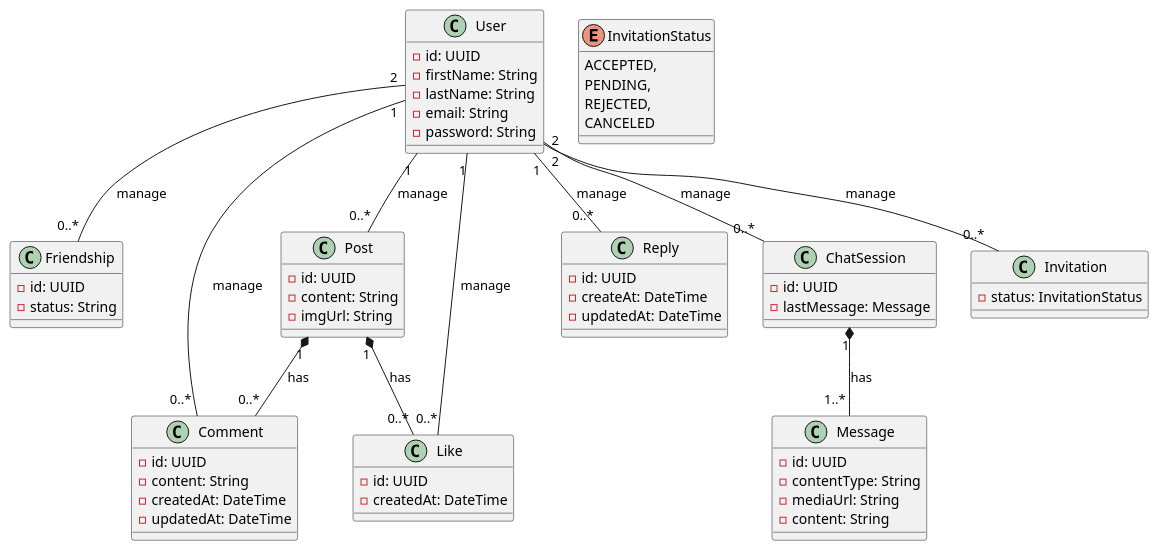
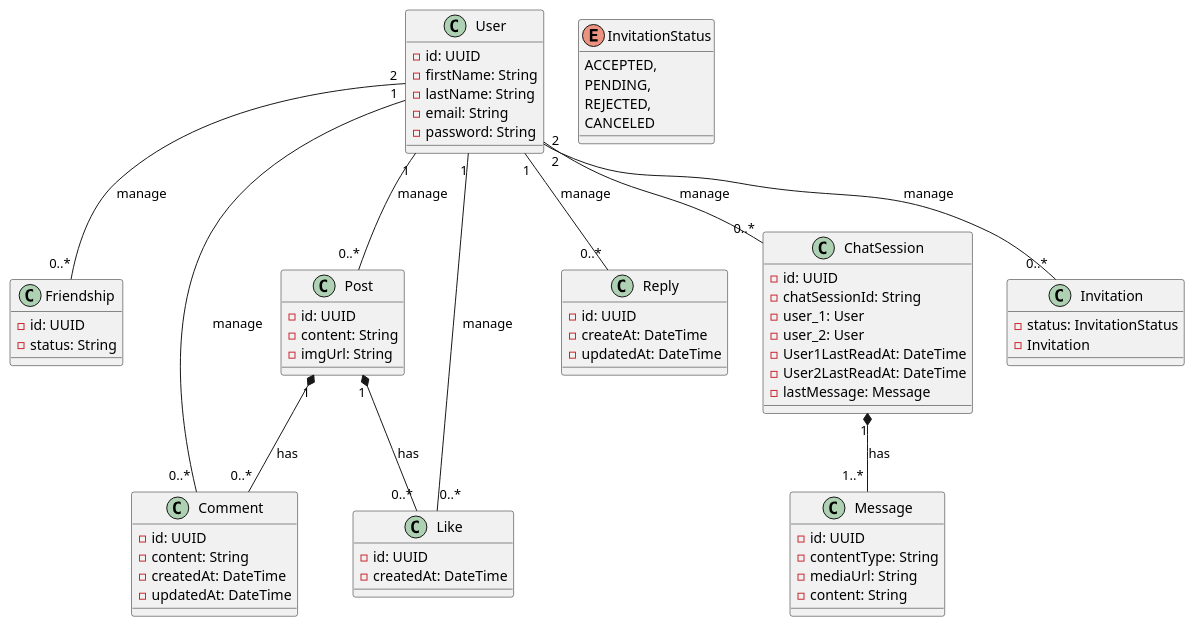
The diagram in conception/class_diagram/class_diagram.puml (Th3You7/LinkUp), drawn with PlantUML before and after one commit. The commit also changed 21 other files, not shown here.

```diff
--- a/conception/class_diagram/class_diagram.puml
+++ b/conception/class_diagram/class_diagram.puml
@@ -1,75 +1,81 @@
 @startuml Linkup_diagramm_class
 class User {
     -id: UUID
     -firstName: String
     -lastName: String
     -email: String
     -password: String
 }
 
 class Friendship {
     -id: UUID
     -status: String
 }
 
 class Post {
     -id: UUID
     -content: String
     -imgUrl: String
 }
 
 class Comment {
     -id: UUID
     -content: String
     -createdAt: DateTime
     -updatedAt: DateTime
 }
 
 class Like {
     -id: UUID
     -createdAt: DateTime
 }
 
 class Reply {
     -id: UUID
     -createAt: DateTime
     -updatedAt: DateTime
 }
 
 class ChatSession {
     -id: UUID
+    -chatSessionId: String
+    -user_1: User
+    -user_2: User
+    -User1LastReadAt: DateTime
+    -User2LastReadAt: DateTime
     -lastMessage: Message
 }
 
 class Message {
     -id: UUID
     -contentType: String
     -mediaUrl: String
     -content: String
 }
 
 class Invitation {
     -status: InvitationStatus
+    -Invitation
 }
 
 enum InvitationStatus {
     ACCEPTED,
     PENDING,
     REJECTED,
     CANCELED
 }
 
 
 User "1" -- "0..*" Post : "manage"
 User "1" -- "0..*" Like : "manage"
 User "1" -- "0..* " Comment : "manage"
 User "1" -- "0..*" Reply : "manage"
 User "2" -- "0..*" ChatSession : "manage"
 User "2" -- "0..*" Invitation : "manage"
 User "2" -- "0..*" Friendship : "manage" 
 ChatSession "1" *-- "1..* " Message : "has"
 Post "1" *-- "0..*" Like : "has"
 Post "1" *-- "0..*" Comment : "has"
 
 
 @enduml
```
